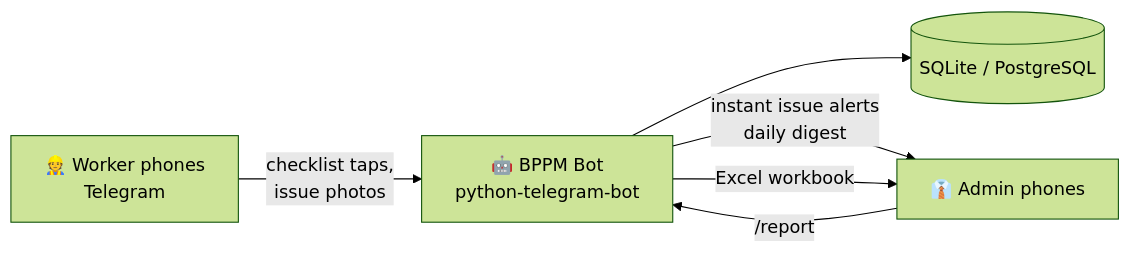
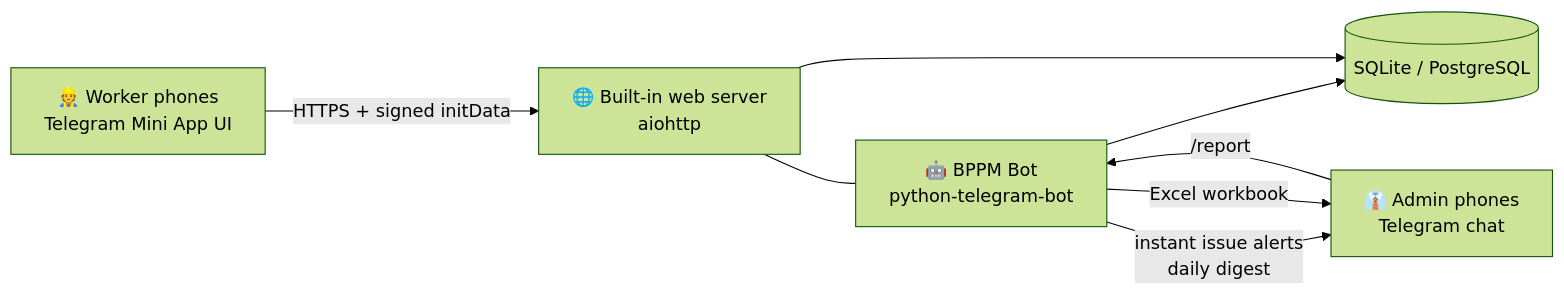
Before and after one commit to austenchua/medusa: the diagram in pump-maintenance-bot/DESIGN.md, drawn with Mermaid (forest theme). The commit also changed other lines of this file and 13 other files, not shown here.

First line of the commit message:
Add Telegram Mini App UI for BPPM inspections

````diff
--- a/pump-maintenance-bot/DESIGN.md
+++ b/pump-maintenance-bot/DESIGN.md
@@ -179,8 +165,10 @@
 ```mermaid
 flowchart LR
-    W[👷 Worker phones\nTelegram] -->|checklist taps,\nissue photos| B[🤖 BPPM Bot\npython-telegram-bot]
+    W[👷 Worker phones\nTelegram Mini App UI] -->|HTTPS + signed initData| S[🌐 Built-in web server\naiohttp]
+    S --- B[🤖 BPPM Bot\npython-telegram-bot]
     B --> D[(SQLite / PostgreSQL)]
-    B -->|instant issue alerts\ndaily digest| A[👔 Admin phones]
+    S --> D
+    B -->|instant issue alerts\ndaily digest| A[👔 Admin phones\nTelegram chat]
     A -->|/report| B
     B -->|Excel workbook| A
 ```
````
